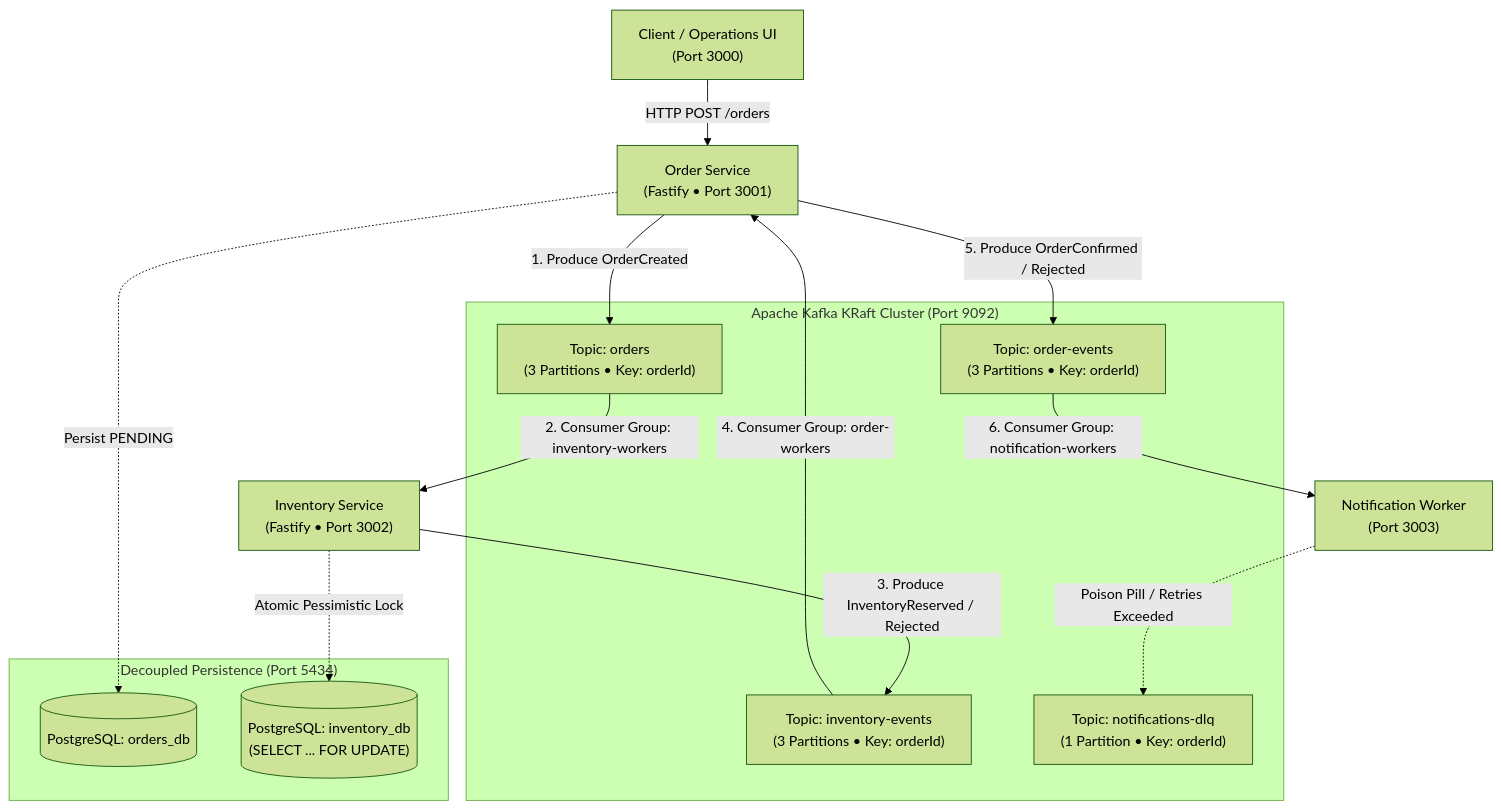
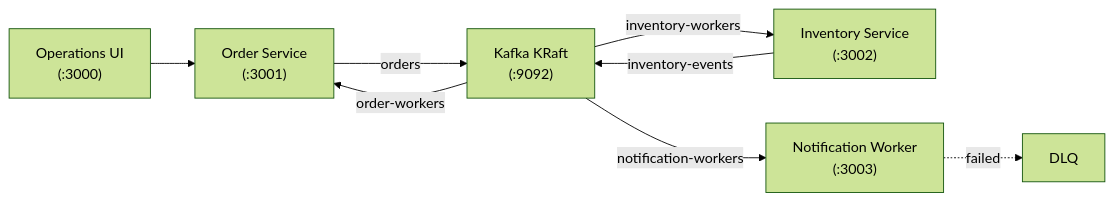
The diagram in README.md (techmedaddy/streamz), drawn with Mermaid (forest theme) before and after one commit. The commit also changed other lines of this file, not shown here.

````diff
--- a/README.md
+++ b/README.md
@@ -44,29 +54,10 @@
 ```mermaid
-graph TD
-    Client["Client / Operations UI<br/>(Port 3000)"] -->|HTTP POST /orders| OS["Order Service<br/>(Fastify • Port 3001)"]
-    
-    subgraph Kafka["Apache Kafka KRaft Cluster (Port 9092)"]
-        T_Orders["Topic: orders<br/>(3 Partitions • Key: orderId)"]
-        T_InvEvents["Topic: inventory-events<br/>(3 Partitions • Key: orderId)"]
-        T_OrderEvents["Topic: order-events<br/>(3 Partitions • Key: orderId)"]
-        T_DLQ["Topic: notifications-dlq<br/>(1 Partition • Key: orderId)"]
-    end
-
-    OS -->|1. Produce OrderCreated| T_Orders
-    T_Orders -->|2. Consumer Group: inventory-workers| IS["Inventory Service<br/>(Fastify • Port 3002)"]
-    
-    subgraph Storage["Decoupled Persistence (Port 5434)"]
-        DB_Orders[("PostgreSQL: orders_db")]
-        DB_Inv[("PostgreSQL: inventory_db<br/>(SELECT ... FOR UPDATE)")]
-    end
-
-    OS -.->|Persist PENDING| DB_Orders
-    IS -.->|Atomic Pessimistic Lock| DB_Inv
-
-    IS -->|3. Produce InventoryReserved / Rejected| T_InvEvents
-    T_InvEvents -->|4. Consumer Group: order-workers| OS
-    
-    OS -->|5. Produce OrderConfirmed / Rejected| T_OrderEvents
-    T_OrderEvents -->|6. Consumer Group: notification-workers| NW["Notification Worker<br/>(Port 3003)"]
-    NW -.->|Poison Pill / Retries Exceeded| T_DLQ
+graph LR
+    UI["Operations UI<br/>(:3000)"] --> OS["Order Service<br/>(:3001)"]
+    OS -->|orders| K["Kafka KRaft<br/>(:9092)"]
+    K -->|inventory-workers| IS["Inventory Service<br/>(:3002)"]
+    IS -->|inventory-events| K
+    K -->|order-workers| OS
+    K -->|notification-workers| NW["Notification Worker<br/>(:3003)"]
+    NW -.->|failed| DLQ["DLQ"]
 ```
````
